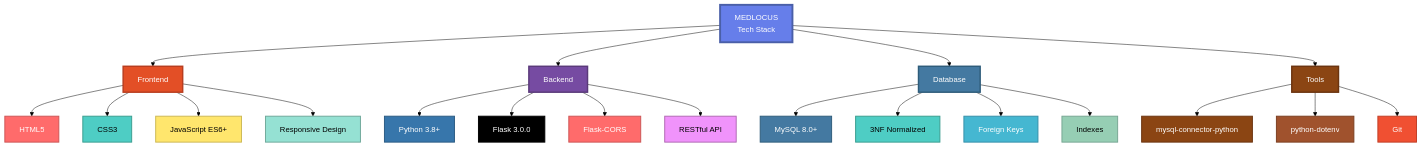
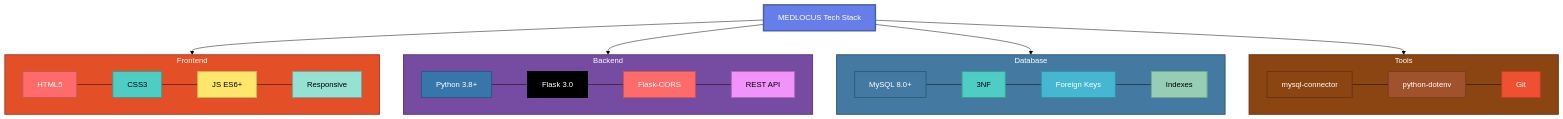
Before and after one commit to SairajJadhav08/MEDLOCUS---Precision-Care-Through-Smart-Management: the fourth of 12 diagrams in README.md, drawn with Mermaid (forest theme).

Commit message:
Reorganize technology stack diagram: make it more compact with grouped subgraphs

````diff
--- a/README.md
+++ b/README.md
@@ -256,54 +256,50 @@
 ```mermaid
 graph TB
-    Root["MEDLOCUS<br/>Tech Stack"]
+    Root["MEDLOCUS Tech Stack"]
     
-    Frontend["Frontend"]
-    Backend["Backend"]
-    Database["Database"]
-    Tools["Tools"]
+    subgraph FE["Frontend"]
+        direction LR
+        F1["HTML5"] --- F2["CSS3"] --- F3["JS ES6+"] --- F4["Responsive"]
+    end
     
-    Root --> Frontend
-    Root --> Backend
-    Root --> Database
-    Root --> Tools
+    subgraph BE["Backend"]
+        direction LR
+        B1["Python 3.8+"] --- B2["Flask 3.0"] --- B3["Flask-CORS"] --- B4["REST API"]
+    end
     
-    Frontend --> F1["HTML5"]
-    Frontend --> F2["CSS3"]
-    Frontend --> F3["JavaScript ES6+"]
-    Frontend --> F4["Responsive Design"]
+    subgraph DB["Database"]
+        direction LR
+        D1["MySQL 8.0+"] --- D2["3NF"] --- D3["Foreign Keys"] --- D4["Indexes"]
+    end
     
-    Backend --> B1["Python 3.8+"]
-    Backend --> B2["Flask 3.0.0"]
-    Backend --> B3["Flask-CORS"]
-    Backend --> B4["RESTful API"]
+    subgraph TO["Tools"]
+        direction LR
+        T1["mysql-connector"] --- T2["python-dotenv"] --- T3["Git"]
+    end
     
-    Database --> D1["MySQL 8.0+"]
-    Database --> D2["3NF Normalized"]
-    Database --> D3["Foreign Keys"]
-    Database --> D4["Indexes"]
+    Root --> FE
+    Root --> BE
+    Root --> DB
+    Root --> TO
     
-    Tools --> T1["mysql-connector-python"]
-    Tools --> T2["python-dotenv"]
-    Tools --> T3["Git"]
-    
-    style Root fill:#667eea,stroke:#4A5FA8,stroke-width:4px,color:#FFFFFF
-    style Frontend fill:#E34F26,stroke:#B83D1F,stroke-width:3px,color:#FFFFFF
-    style Backend fill:#764ba2,stroke:#5A3A7A,stroke-width:3px,color:#FFFFFF
-    style Database fill:#4479A1,stroke:#2E5C7A,stroke-width:3px,color:#FFFFFF
-    style Tools fill:#8B4513,stroke:#6B3410,stroke-width:3px,color:#FFFFFF
+    style Root fill:#667eea,stroke:#4A5FA8,stroke-width:3px,color:#FFFFFF
+    style FE fill:#E34F26,stroke:#B83D1F,stroke-width:2px,color:#FFFFFF
+    style BE fill:#764ba2,stroke:#5A3A7A,stroke-width:2px,color:#FFFFFF
+    style DB fill:#4479A1,stroke:#2E5C7A,stroke-width:2px,color:#FFFFFF
+    style TO fill:#8B4513,stroke:#6B3410,stroke-width:2px,color:#FFFFFF
     style F1 fill:#FF6B6B,stroke:#CC5555,stroke-width:2px,color:#FFFFFF
     style F2 fill:#4ECDC4,stroke:#3A9D8F,stroke-width:2px,color:#000000
     style F3 fill:#FFE66D,stroke:#CCB855,stroke-width:2px,color:#000000
     style F4 fill:#95E1D3,stroke:#6FA89A,stroke-width:2px,color:#000000
     style B1 fill:#3776AB,stroke:#2A5A82,stroke-width:2px,color:#FFFFFF
     style B2 fill:#000000,stroke:#000000,stroke-width:2px,color:#FFFFFF
     style B3 fill:#FF6B6B,stroke:#CC5555,stroke-width:2px,color:#FFFFFF
     style B4 fill:#F093FB,stroke:#B06AB3,stroke-width:2px,color:#000000
     style D1 fill:#4479A1,stroke:#2E5C7A,stroke-width:2px,color:#FFFFFF
     style D2 fill:#4ECDC4,stroke:#3A9D8F,stroke-width:2px,color:#000000
     style D3 fill:#45B7D1,stroke:#368FA8,stroke-width:2px,color:#FFFFFF
     style D4 fill:#96CEB4,stroke:#77A693,stroke-width:2px,color:#000000
     style T1 fill:#8B4513,stroke:#6B3410,stroke-width:2px,color:#FFFFFF
     style T2 fill:#A0522D,stroke:#7A3E20,stroke-width:2px,color:#FFFFFF
     style T3 fill:#F05032,stroke:#C03E26,stroke-width:2px,color:#FFFFFF
 ```
````
